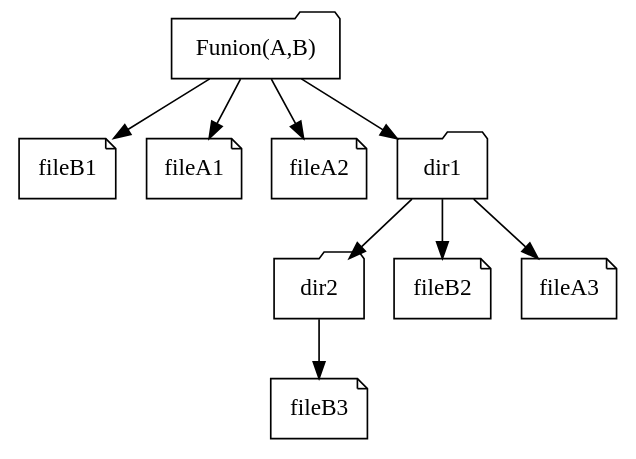
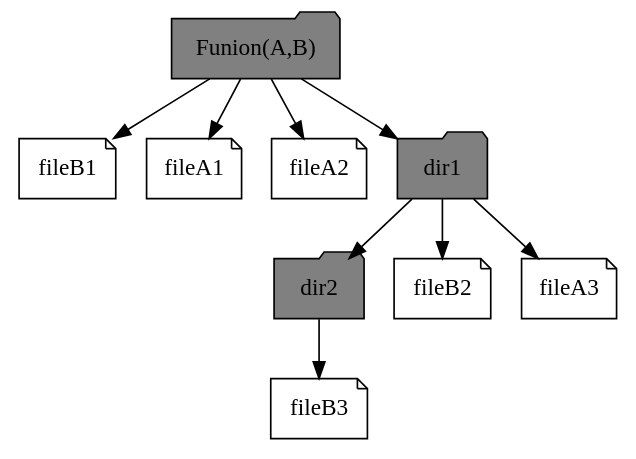
The diagram in images/dots/funion.dot (nathanwiegand/funion), drawn with Graphviz before and after one commit. The commit also changed 5 other files, not shown here.

```diff
--- a/images/dots/funion.dot
+++ b/images/dots/funion.dot
@@ -1,28 +1,28 @@
 digraph G
 {
-  Funion [shape=folder, label="Funion(A,B)"];
+  Funion [style=filled,fillcolor=gray,shape=folder, label="Funion(A,B)"];
   fileB1 [shape=note, label="fileB1"];
-  Bdir2  [shape=folder, label="dir2"];
+  Bdir2  [style=filled,fillcolor=gray,shape=folder, label="dir2"];
   fileB2 [shape=note, label="fileB2"];
   fileB3 [shape=note, label="fileB3"];
 
         fileA1 [shape=note, label="fileA1"]
         fileA2 [shape=note, label="fileA2"]
-        Adir1  [shape=folder, label="dir1"]
+        Adir1  [style=filled,fillcolor=gray,shape=folder, label="dir1"]
         fileA3 [shape=note, label="fileA3"]
 
 
   "Funion" -> "fileA1";
   "Funion" -> "fileA2";
   "Funion" -> "Adir1";
   "Adir1" -> "fileA3";
 
 
   "Funion" -> "fileB1";
   
   "Adir1" -> "fileB2";
   "Adir1" -> "Bdir2";
 
   "Bdir2" -> "fileB3";
   
 }
```
